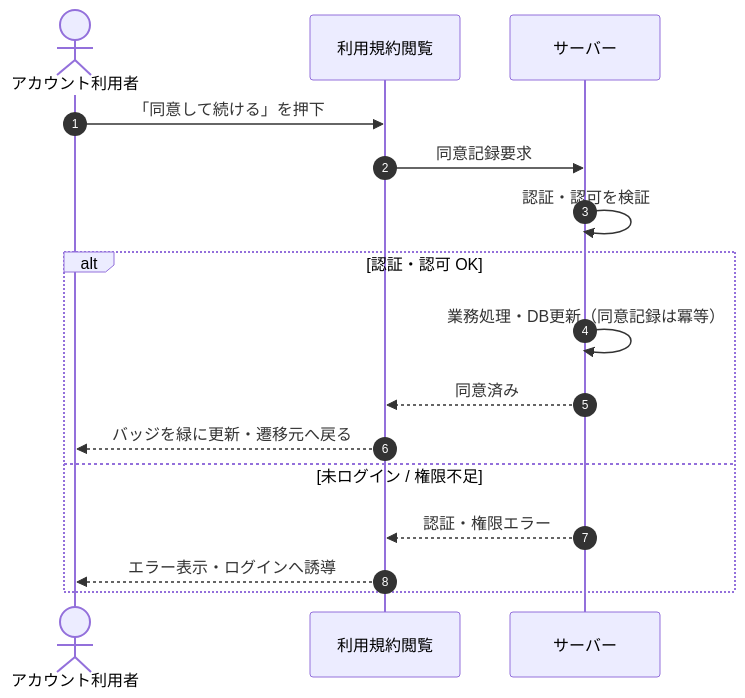
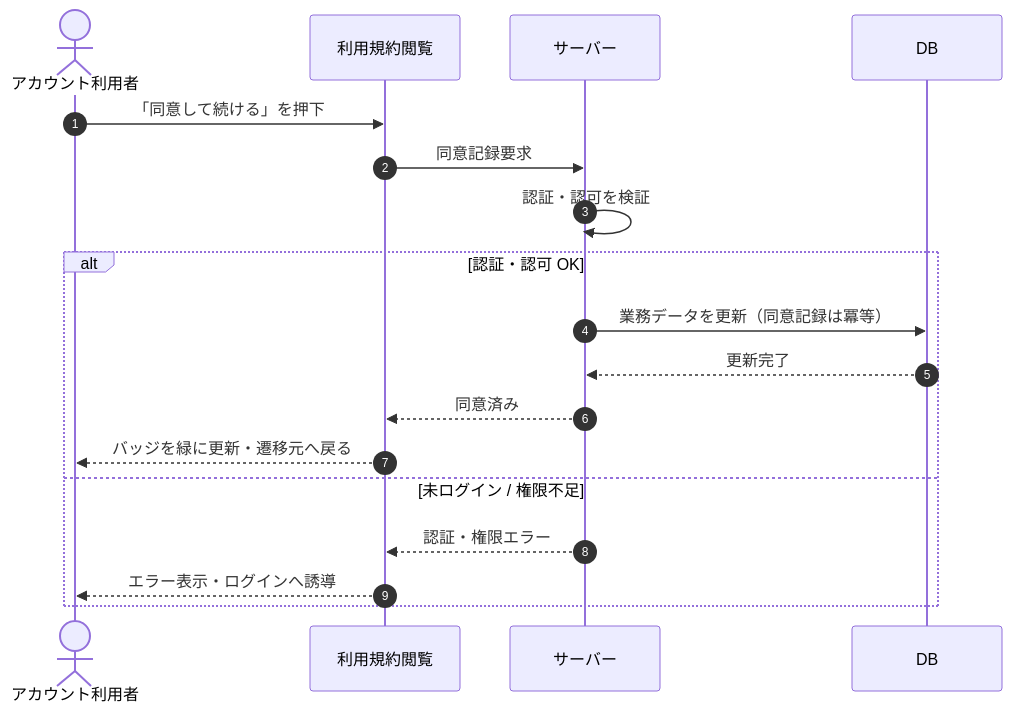
The diagram in 02_basic_design/03_sequences/SEQ-053.md (sikakou54/open-faq), drawn with Mermaid before and after one commit. The commit also changed other lines of this file and 122 other files, not shown here.

First line of the commit message:
シーケンス図に DB アクターを追加(DB 操作をサーバー自己メッセージから分離)

````diff
--- a/02_basic_design/03_sequences/SEQ-053.md
+++ b/02_basic_design/03_sequences/SEQ-053.md
@@ -26,18 +26,20 @@
 ```mermaid
 sequenceDiagram
   autonumber
   actor U as アカウント利用者
   participant Screen as 利用規約閲覧
   participant Server as サーバー
+  participant DB as DB
   U->>Screen: 「同意して続ける」を押下
   Screen->>Server: 同意記録要求
   Server->>Server: 認証・認可を検証
   alt 認証・認可 OK
-    Server->>Server: 業務処理・DB更新（同意記録は冪等）
+    Server->>DB: 業務データを更新（同意記録は冪等）
+    DB-->>Server: 更新完了
     Server-->>Screen: 同意済み
     Screen-->>U: バッジを緑に更新・遷移元へ戻る
   else 未ログイン / 権限不足
     Server-->>Screen: 認証・権限エラー
     Screen-->>U: エラー表示・ログインへ誘導
   end
 ```
````
